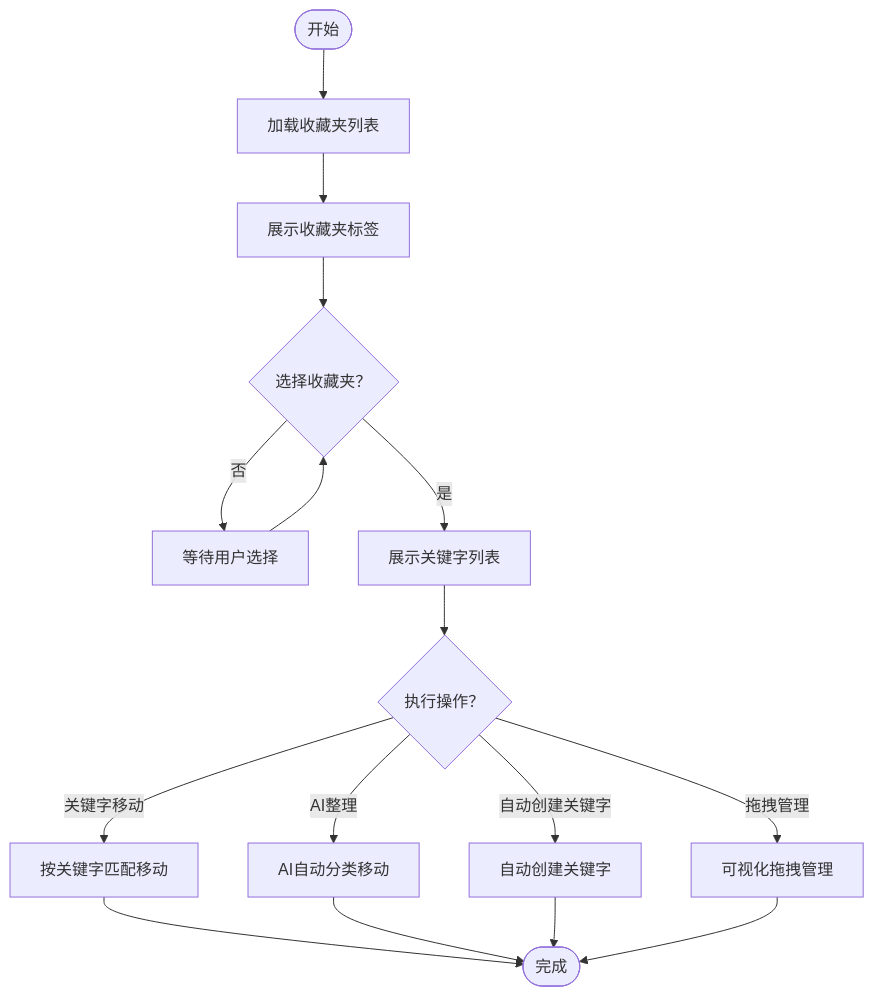
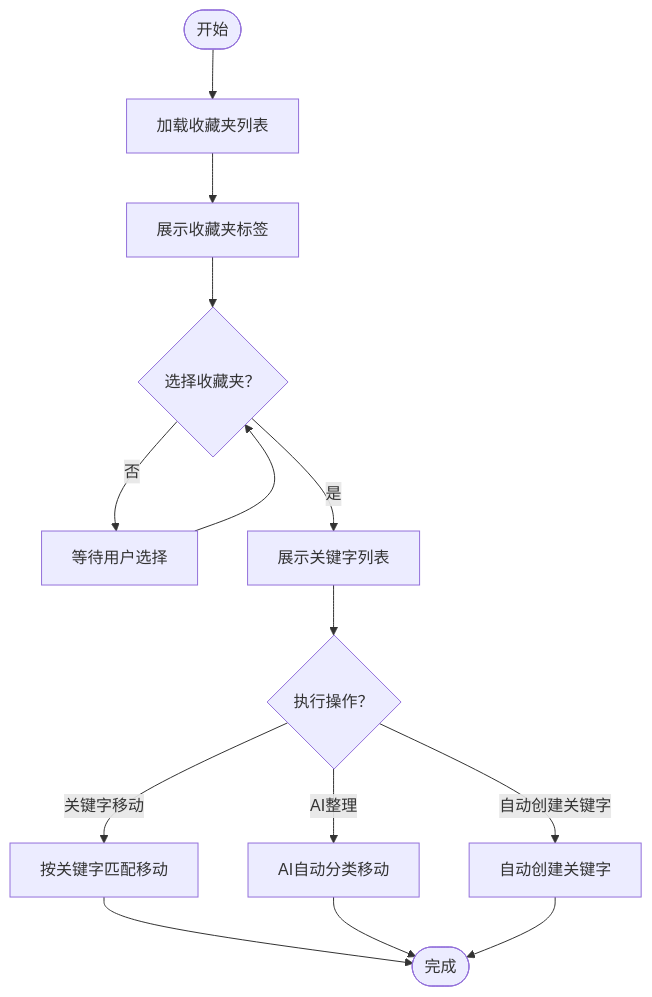
One commit to RadiumAg/bilibili-favorites changed the third of 7 diagrams in .qoder/repowiki/zh/content/核心功能模块/核心功能模块.md. Above: the diagram before and after it, drawn with Mermaid. The commit also changed other lines of this file and 27 other files, not shown here.

````diff
--- a/.qoder/repowiki/zh/content/核心功能模块/核心功能模块.md
+++ b/.qoder/repowiki/zh/content/核心功能模块/核心功能模块.md
@@ -178,18 +160,16 @@
 ```mermaid
 flowchart TD
 Start(["开始"]) --> LoadFav["加载收藏夹列表"]
 LoadFav --> ShowTags["展示收藏夹标签"]
 ShowTags --> SelectTag{"选择收藏夹？"}
 SelectTag --> |否| Wait["等待用户选择"]
 SelectTag --> |是| ShowKeywords["展示关键字列表"]
 ShowKeywords --> Action{"执行操作？"}
 Action --> |关键字移动| MoveByKey["按关键字匹配移动"]
 Action --> |AI整理| AIMove["AI自动分类移动"]
 Action --> |自动创建关键字| AutoKey["自动创建关键字"]
-Action --> |拖拽管理| DragManage["可视化拖拽管理"]
 MoveByKey --> Done(["完成"])
 AIMove --> Done
 AutoKey --> Done
-DragManage --> Done
 Wait --> SelectTag
 ```
````
